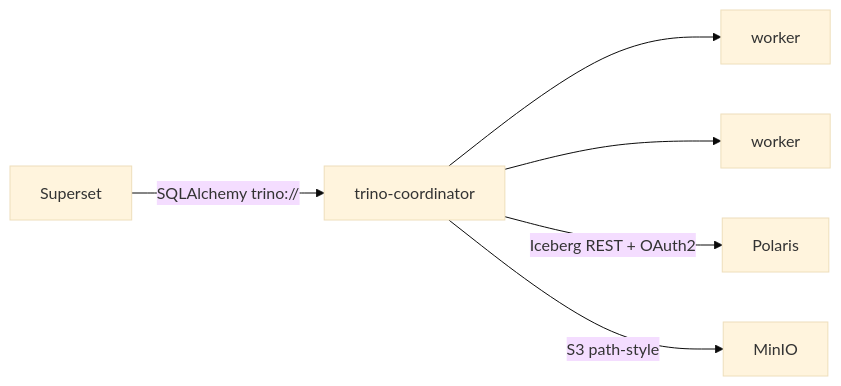
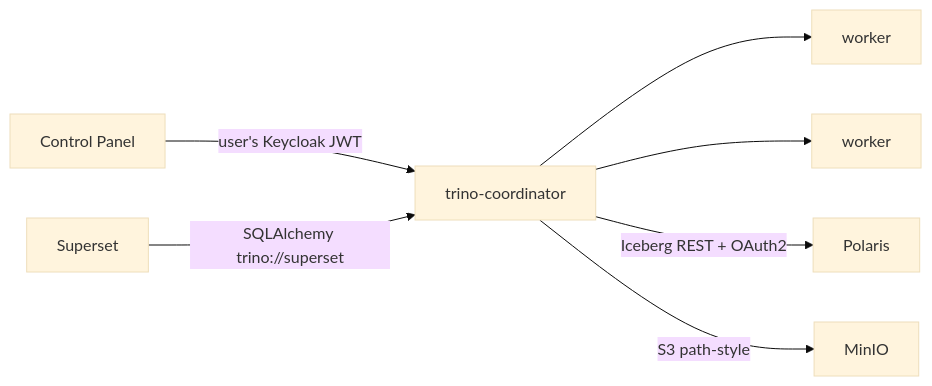
The diagram in docs/guide/components/trino.md (mrtozkl/AetherLake), drawn with Mermaid (base theme) before and after one commit. The commit also changed other lines of this file and 13 other files, not shown here.

Commit message:
feat(trino): authenticate every caller and enforce per-role access control

````diff
--- a/docs/guide/components/trino.md
+++ b/docs/guide/components/trino.md
@@ -19,8 +20,9 @@
 ```mermaid
 graph LR
-    Coord[trino-coordinator] --> W1[worker]
+    CP[Control Panel] -->|user's Keycloak JWT| Coord
+    Superset -->|SQLAlchemy trino://superset| Coord[trino-coordinator]
+    Coord --> W1[worker]
     Coord --> W2[worker]
     Coord -->|Iceberg REST + OAuth2| Polaris
     Coord -->|S3 path-style| MinIO
-    Superset -->|SQLAlchemy trino://| Coord
 ```
````
